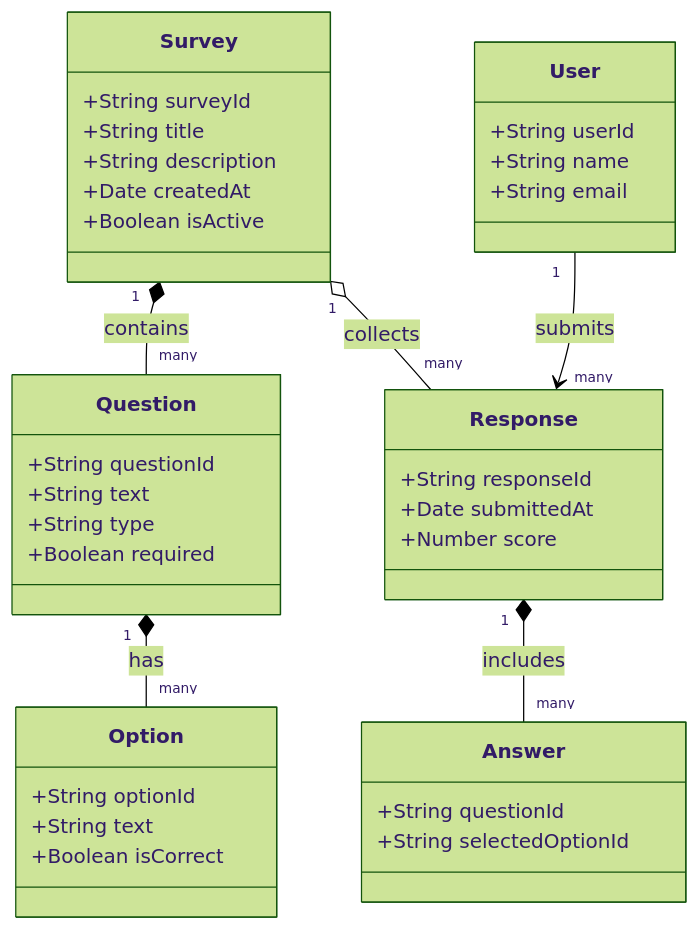
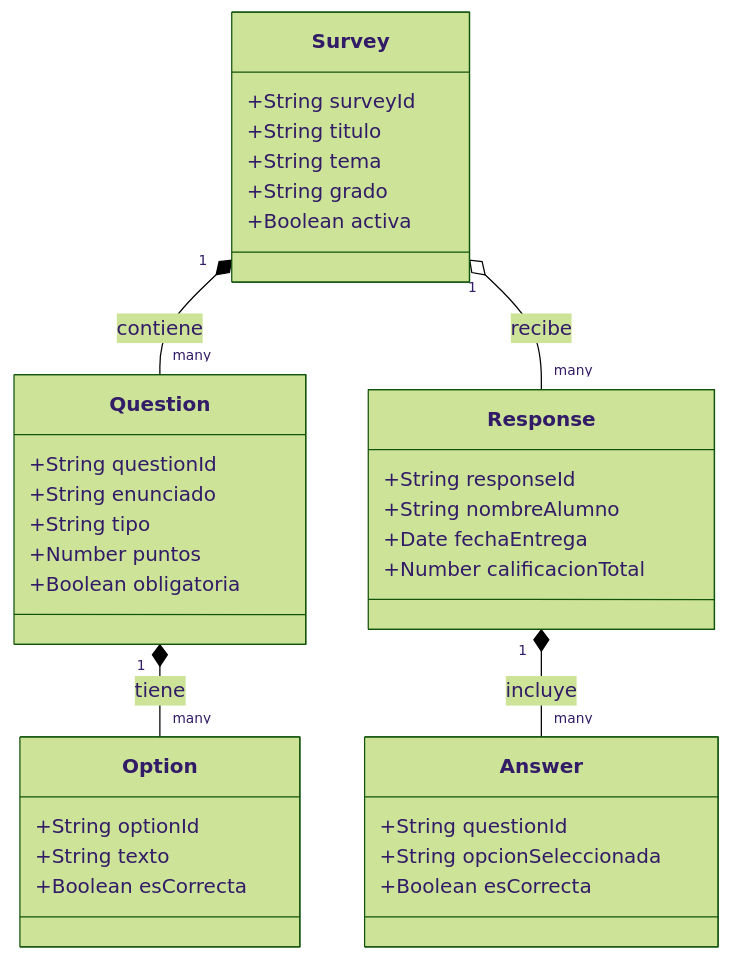
One commit to hernandezjimenezbrayanm352-source/Proyecto_cbtis47 changed the diagram in docs/schema.mmd. Above: the diagram before and after it, drawn with Mermaid (forest theme).

Commit message:
Actualizar schema.mmd

```diff
--- a/docs/schema.mmd
+++ b/docs/schema.mmd
@@ -1,45 +1,41 @@
 classDiagram
 
-Survey "1" *-- "many" Question : contains
-Question "1" *-- "many" Option : has
-Survey "1" o-- "many" Response : collects
-Response "1" *-- "many" Answer : includes
-User "1" --> "many" Response : submits
+Survey "1" *-- "many" Question : contiene
+Question "1" *-- "many" Option : tiene
+Survey "1" o-- "many" Response : recibe
+Response "1" *-- "many" Answer : incluye
 
 class Survey {
   +String surveyId
-  +String title
-  +String description
-  +Date createdAt
-  +Boolean isActive
+  +String titulo
+  +String tema
+  +String grado
+  +Boolean activa
 }
 
 class Question {
   +String questionId
-  +String text
-  +String type
-  +Boolean required
+  +String enunciado
+  +String tipo
+  +Number puntos
+  +Boolean obligatoria
 }
 
 class Option {
   +String optionId
-  +String text
-  +Boolean isCorrect
+  +String texto
+  +Boolean esCorrecta
 }
 
 class Response {
   +String responseId
-  +Date submittedAt
-  +Number score
+  +String nombreAlumno
+  +Date fechaEntrega
+  +Number calificacionTotal
 }
 
 class Answer {
   +String questionId
-  +String selectedOptionId
+  +String opcionSeleccionada
+  +Boolean esCorrecta
 }
-
-class User {
-  +String userId
-  +String name
-  +String email
-}
```
